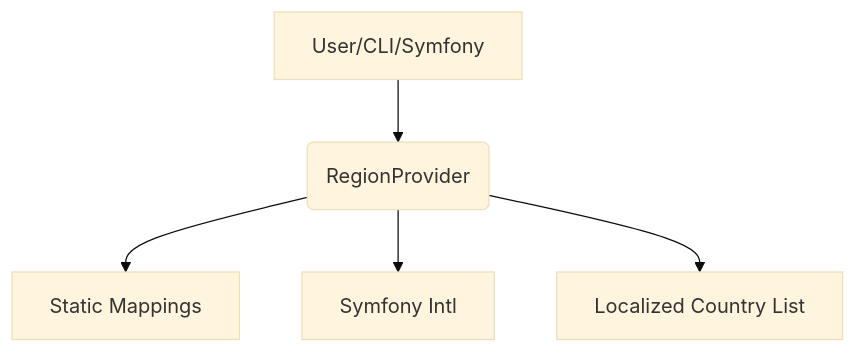
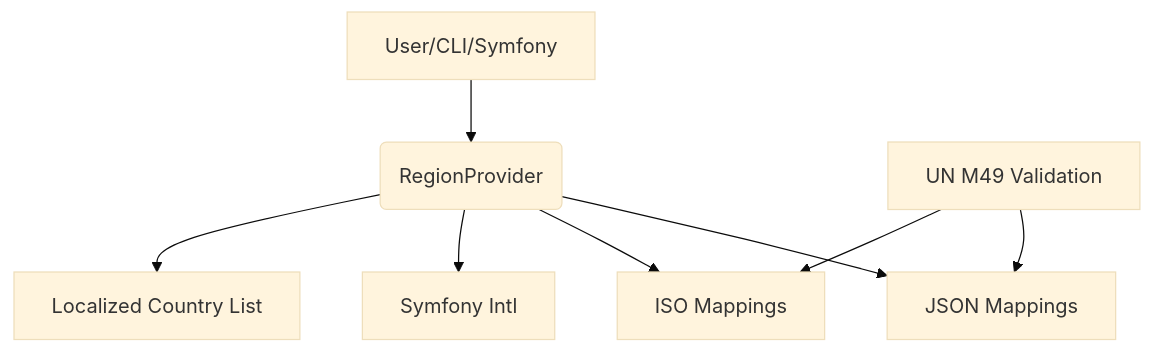
One commit to yaovicoder/intl-region changed the diagram in docs/ARCHITECTURE.md. Above: the diagram before and after it, drawn with Mermaid (base theme). The commit also changed other lines of this file and 8 other files, not shown here.

````diff
--- a/docs/ARCHITECTURE.md
+++ b/docs/ARCHITECTURE.md
@@ -19,7 +20,10 @@
 ```mermaid
 graph TD
   A[User/CLI/Symfony] --> B(RegionProvider)
-  B --> C[Static Mappings]
-  B --> D[Symfony Intl]
-  B --> E[Localized Country List]
+  B --> C[JSON Mappings]
+  B --> D[ISO Mappings]
+  B --> E[Symfony Intl]
+  B --> F[Localized Country List]
+  G[UN M49 Validation] --> C
+  G --> D
 ```
````
